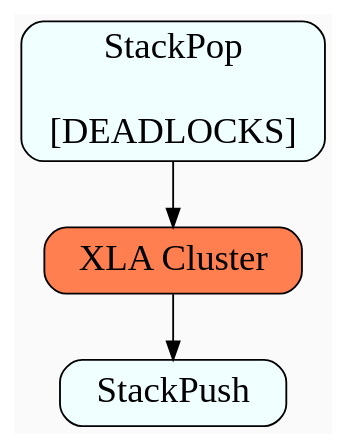
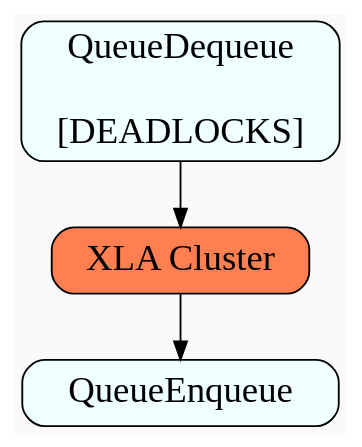
Before and after one commit to sanjoy/auto-clustering-presentation: the diagram in serialize-blocking-operations-c.dot, drawn with Graphviz. The commit also changed 2 other files, not shown here.

Commit message:
Fix bug: Stack operations don't block.

```diff
--- a/serialize-blocking-operations-c.dot
+++ b/serialize-blocking-operations-c.dot
@@ -1,10 +1,10 @@
 digraph {
   graph[bgcolor=gray98,compound=true]
   node[fontsize=20,shape=box,fillcolor=azure, style="filled,rounded"]
 
   "XLA Cluster"[fillcolor=coral]
-  StackPop[label="StackPop\n\n[DEADLOCKS]"]
+  QueueDequeue[label="QueueDequeue\n\n[DEADLOCKS]"]
 
-  StackPop -> "XLA Cluster"
-  "XLA Cluster" -> StackPush
+  QueueDequeue -> "XLA Cluster"
+  "XLA Cluster" -> QueueEnqueue
 }
```
